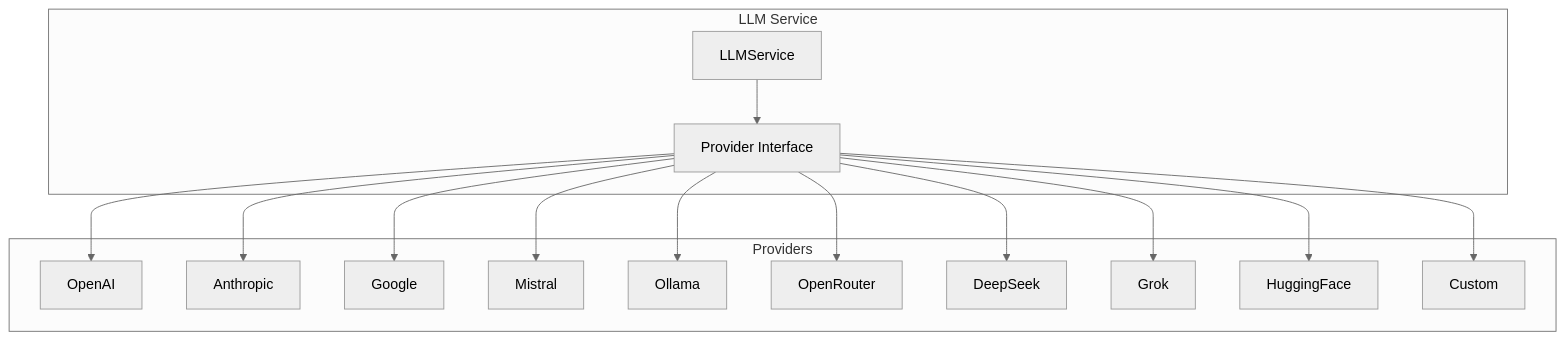
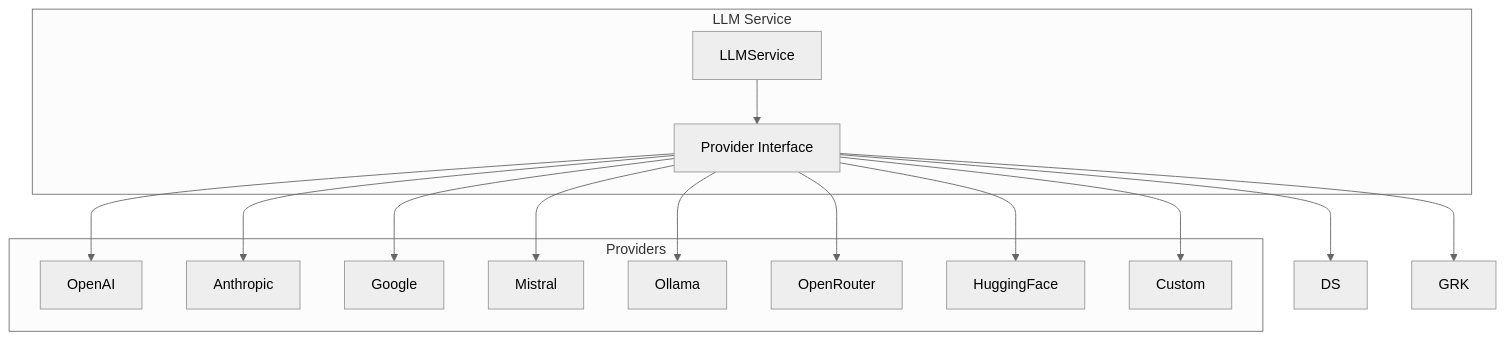
The fourth of 14 diagrams in ARCHITECTURE.md (codename-co/devs), drawn with Mermaid (neutral theme) before and after one commit. The commit also changed 37 other files, not shown here.

Commit message:
:sparkles: Add extension editor page translations and functionality + Preview/delete extensions + Extension live editor + Remove DeepSeek and Grok providers

````diff
--- a/ARCHITECTURE.md
+++ b/ARCHITECTURE.md
@@ -212,32 +212,30 @@
 ```mermaid
 graph TD
     subgraph "LLM Service"
         LS[LLMService]
         PI[Provider Interface]
     end
 
     subgraph "Providers"
         OAI[OpenAI]
         ANT[Anthropic]
         GGL[Google]
         MST[Mistral]
         OLL[Ollama]
         OR[OpenRouter]
-        DS[DeepSeek]
-        GRK[Grok]
         HF[HuggingFace]
         CST[Custom]
     end
 
     LS --> PI
     PI --> OAI
     PI --> ANT
     PI --> GGL
     PI --> MST
     PI --> OLL
     PI --> OR
     PI --> DS
     PI --> GRK
     PI --> HF
     PI --> CST
 ```
````
